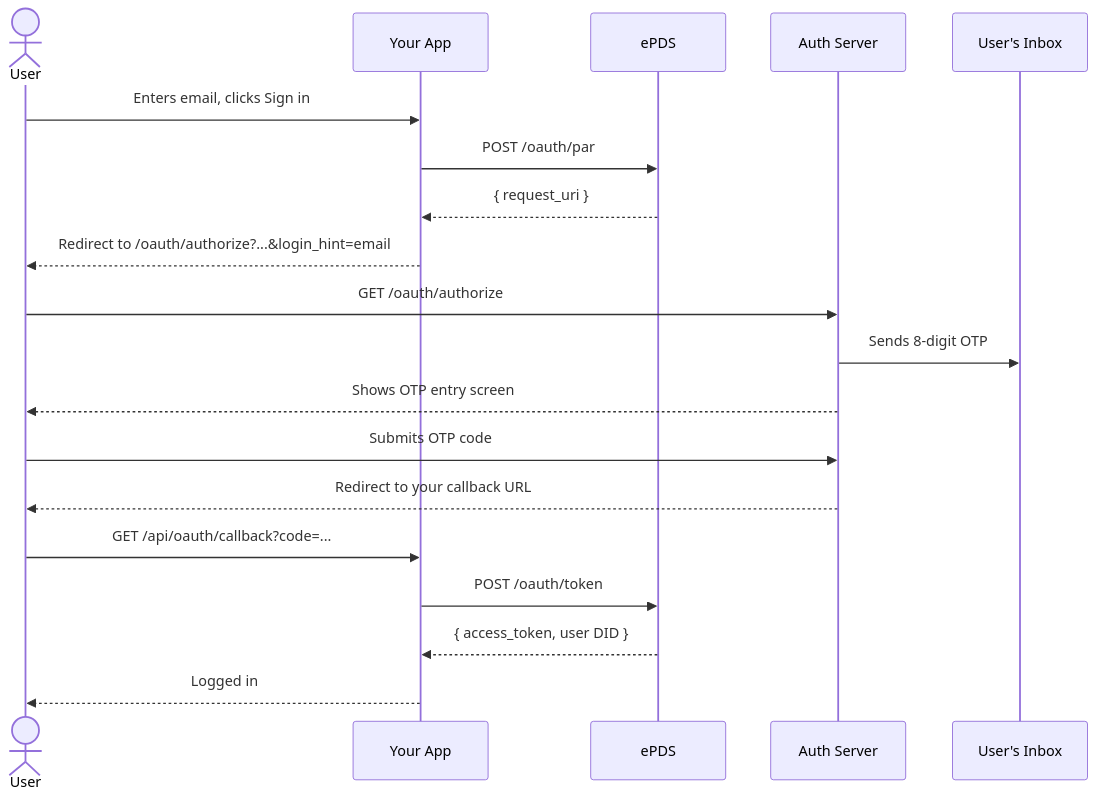
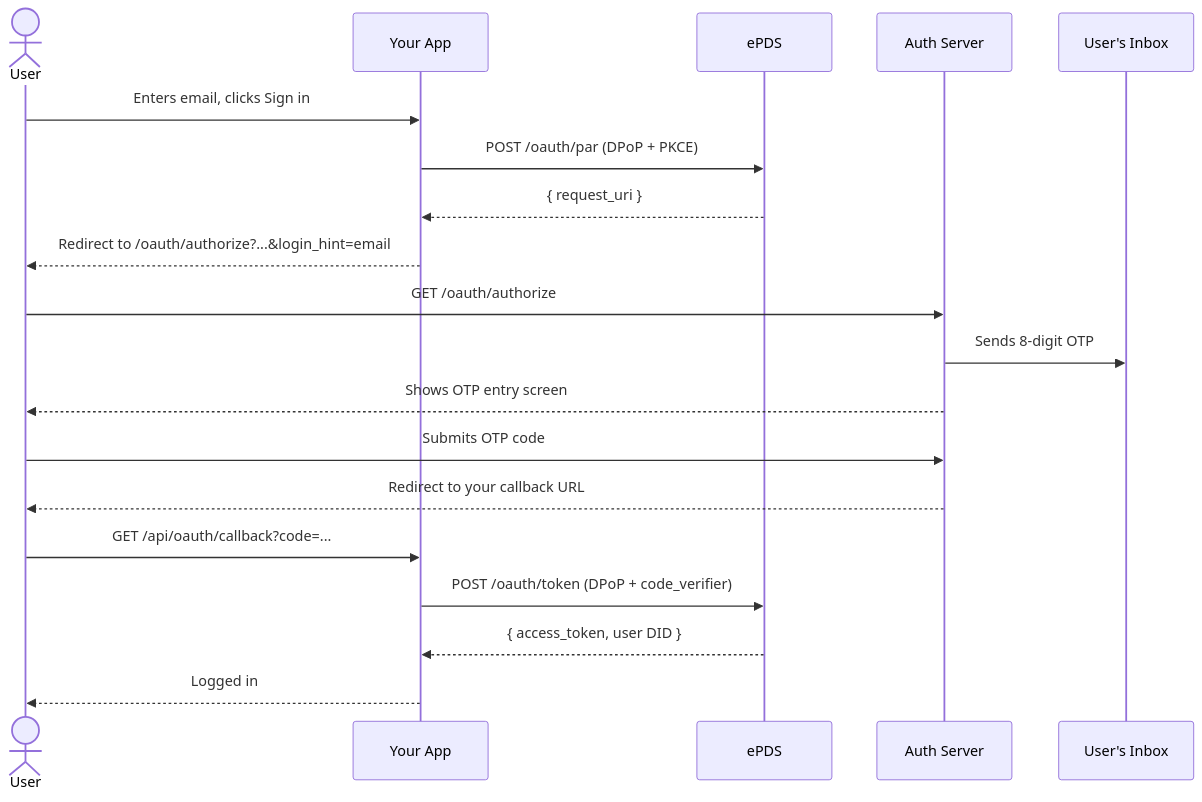
One commit to attpslabs/ePDS changed the first of 2 diagrams in .agents/skills/epds-login/references/flows.md. Above: the diagram before and after it, drawn with Mermaid. The commit also changed other lines of this file and 5 other files, not shown here.

````diff
--- a/.agents/skills/epds-login/references/flows.md
+++ b/.agents/skills/epds-login/references/flows.md
@@ -238,25 +280,25 @@
 ```mermaid
 sequenceDiagram
     actor User
     participant App as Your App
     participant PDS as ePDS
     participant Auth as Auth Server
     participant Inbox as User's Inbox
 
     User->>App: Enters email, clicks Sign in
-    App->>PDS: POST /oauth/par
+    App->>PDS: POST /oauth/par (DPoP + PKCE)
     PDS-->>App: { request_uri }
     App-->>User: Redirect to /oauth/authorize?...&login_hint=email
 
     User->>Auth: GET /oauth/authorize
     Auth->>Inbox: Sends 8-digit OTP
     Auth-->>User: Shows OTP entry screen
 
     User->>Auth: Submits OTP code
     Auth-->>User: Redirect to your callback URL
 
     User->>App: GET /api/oauth/callback?code=...
-    App->>PDS: POST /oauth/token
+    App->>PDS: POST /oauth/token (DPoP + code_verifier)
     PDS-->>App: { access_token, user DID }
     App-->>User: Logged in
 ```
````
